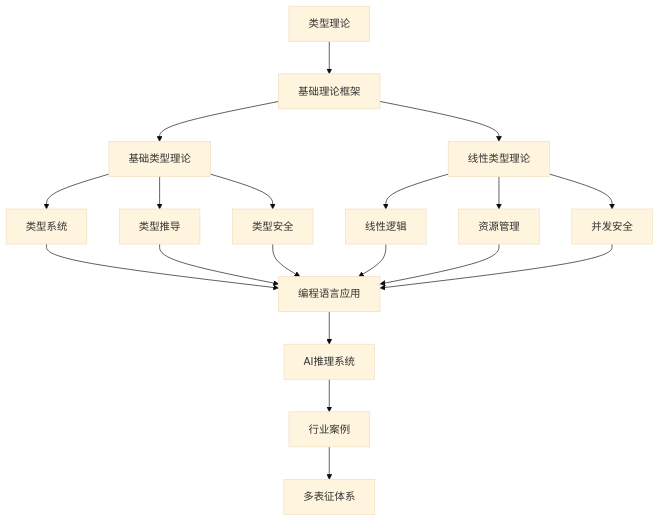
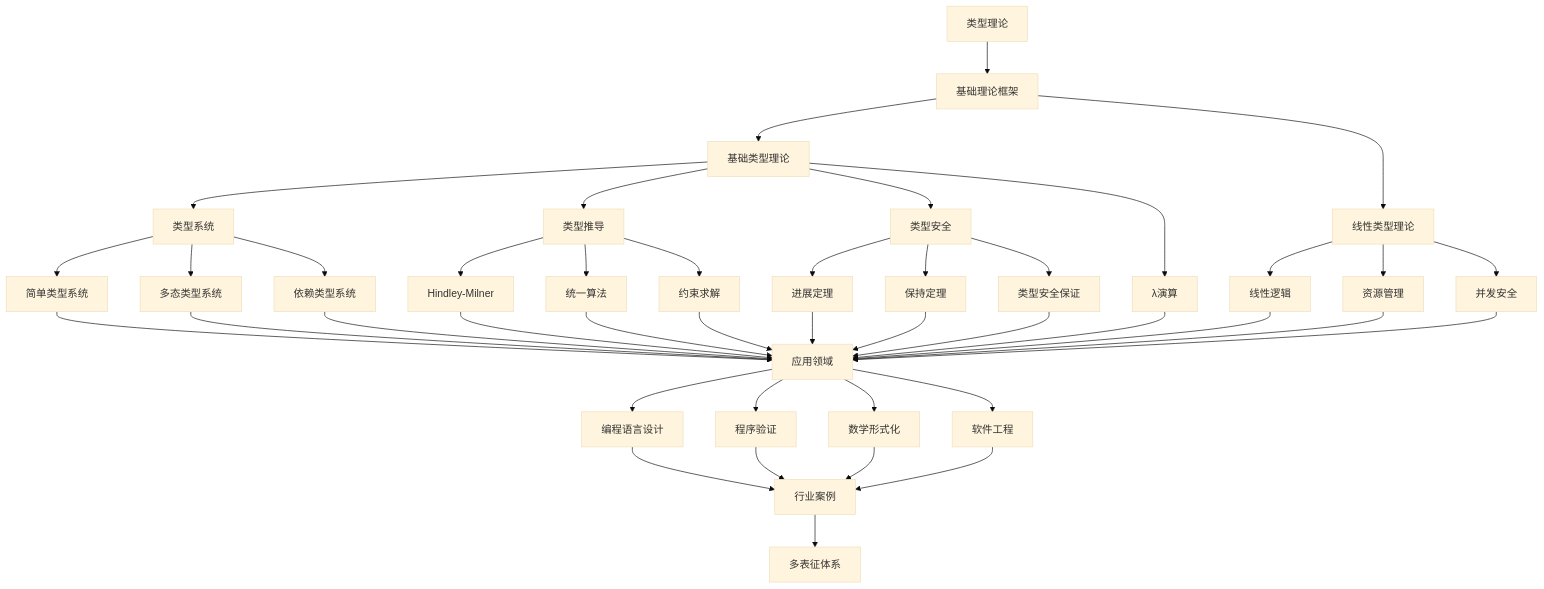
One commit to AdaMartin18010/Data-Science changed the diagram in Analysis/2-形式科学理论/2.1-类型理论/README.md. Above: the diagram before and after it, drawn with Mermaid (base theme). The commit also changed other lines of this file and 40 other files, not shown here.

````diff
--- a/Analysis/2-形式科学理论/2.1-类型理论/README.md
+++ b/Analysis/2-形式科学理论/2.1-类型理论/README.md
@@ -172,16 +266,36 @@
 ```mermaid
 flowchart TD
   A[类型理论] --> B[基础理论框架]
   B --> C1[基础类型理论]
   B --> C2[线性类型理论]
+
   C1 --> D[类型系统]
   C1 --> E[类型推导]
   C1 --> F[类型安全]
-  C2 --> G[线性逻辑]
-  C2 --> H[资源管理]
-  C2 --> I[并发安全]
-  D & E & F & G & H & I --> J[编程语言应用]
-  J --> K[AI推理系统]
-  K --> L[行业案例]
-  L --> M[多表征体系]
+  C1 --> G[λ演算]
+
+  C2 --> H[线性逻辑]
+  C2 --> I[资源管理]
+  C2 --> J[并发安全]
+
+  D --> K[简单类型系统]
+  D --> L[多态类型系统]
+  D --> M[依赖类型系统]
+
+  E --> N[Hindley-Milner]
+  E --> O[统一算法]
+  E --> P[约束求解]
+
+  F --> Q[进展定理]
+  F --> R[保持定理]
+  F --> S[类型安全保证]
+
+  G & H & I & J & K & L & M & N & O & P & Q & R & S --> T[应用领域]
+  T --> U[编程语言设计]
+  T --> V[程序验证]
+  T --> W[数学形式化]
+  T --> X[软件工程]
+
+  U & V & W & X --> Y[行业案例]
+  Y --> Z[多表征体系]
 ```
````
